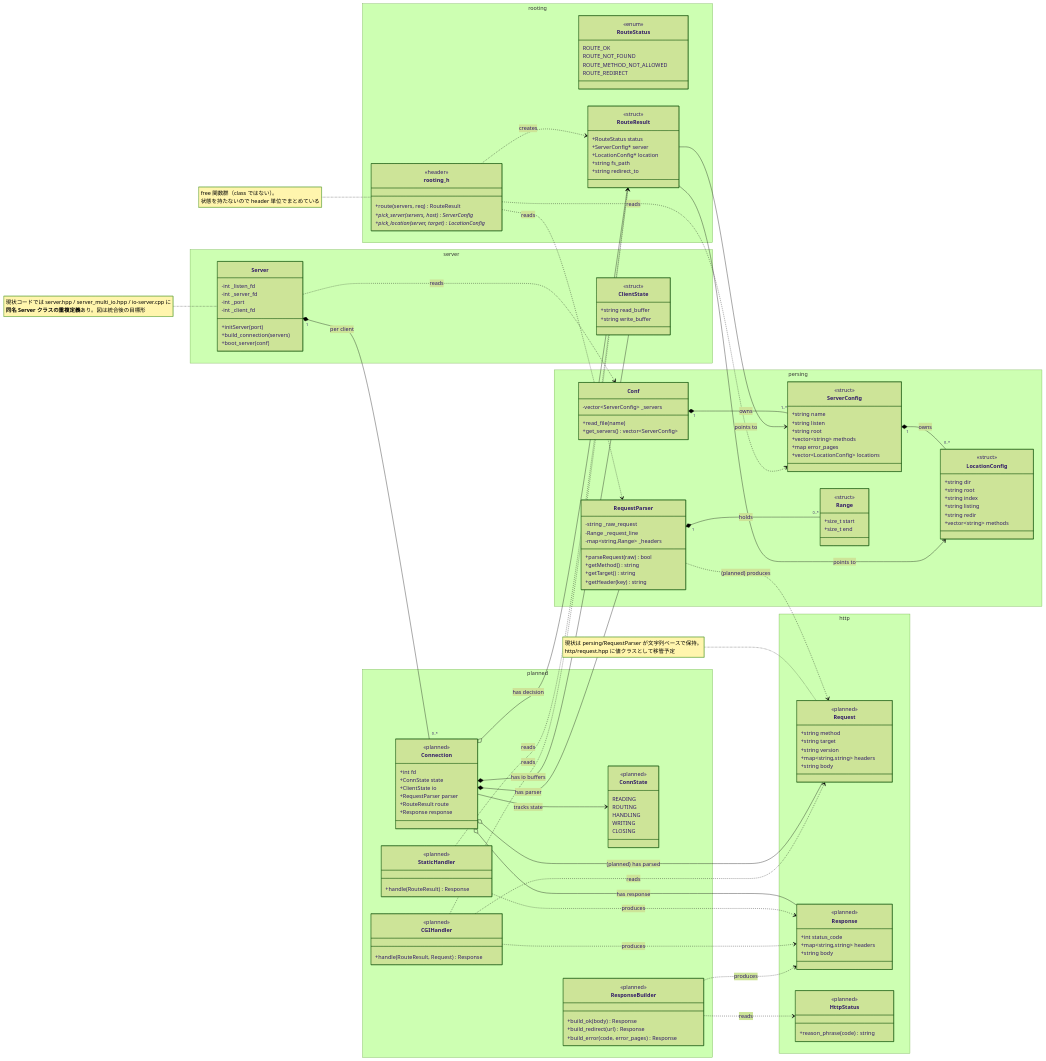
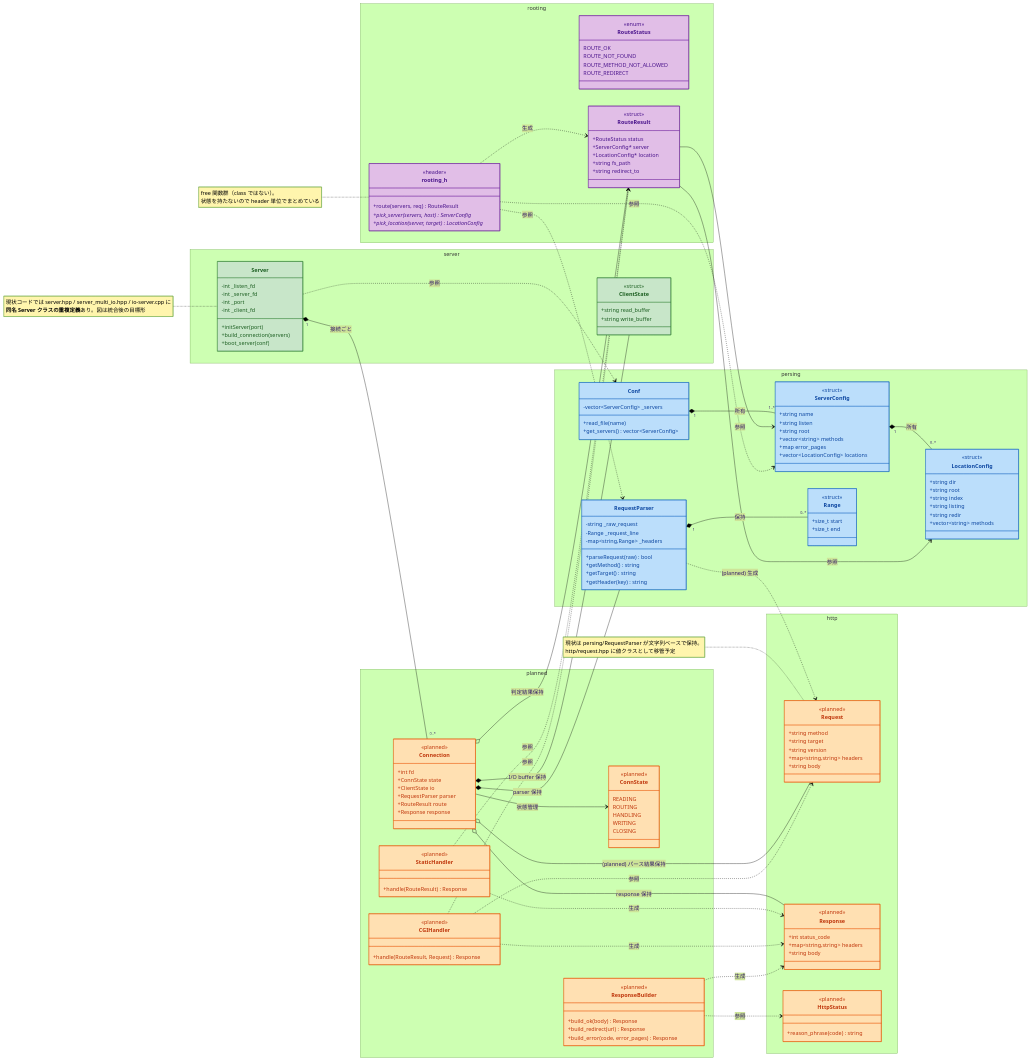
Before and after one commit to Hen00af/irc-platform: the second of 2 diagrams in docs/design.md, drawn with Mermaid (forest theme). The commit also changed other lines of this file, not shown here.

Commit message:
docs(design): translate labels to JP, color boxes, drop kqueue claims
Three corrections:

1. Translate Mermaid relationship labels in the class diagram from
   English to Japanese (owns -> 所有, holds -> 保持, reads -> 参照,
   etc.) to match the rest of the doc.

2. Add per-class fill colors so the diagrams render visibly against
   GitHub light/dark themes:
   - blue: persing (implemented)
   - green: server (implemented)
   - purple: rooting (header designed)
   - orange: planned (incl. http/ value types)

   Flowchart gets classDef styles for default/decision/planned/loop
   so nodes are no longer plain white.

3. Drop the inaccurate claim that the subject requires kqueue. The
   webserv subject does not mandate a specific I/O multiplexing
   method - poll, select, kqueue, and epoll are all acceptable.
   Updated affected lines and removed the kqueue-migration item from
   unresolved topics.

````diff
--- a/docs/design.md
+++ b/docs/design.md
@@ -219,36 +224,59 @@
     }
   }
 
-  Conf "1" *-- "1..*" ServerConfig : owns
-  ServerConfig "1" *-- "0..*" LocationConfig : owns
-  RequestParser "1" *-- "0..*" Range : holds
+  Conf "1" *-- "1..*" ServerConfig : 所有
+  ServerConfig "1" *-- "0..*" LocationConfig : 所有
+  RequestParser "1" *-- "0..*" Range : 保持
 
-  Server "1" *-- "0..*" Connection : per client
-  Server ..> Conf : reads
-  Connection *-- ClientState : has io buffers
-  Connection *-- RequestParser : has parser
-  Connection o-- RouteResult : has decision
-  Connection o-- Response : has response
-  Connection o-- Request : (planned) has parsed
-  Connection --> ConnState : tracks state
+  Server "1" *-- "0..*" Connection : 接続ごと
+  Server ..> Conf : 参照
+  Connection *-- ClientState : I/O buffer 保持
+  Connection *-- RequestParser : parser 保持
+  Connection o-- RouteResult : 判定結果保持
+  Connection o-- Response : response 保持
+  Connection o-- Request : (planned) パース結果保持
+  Connection --> ConnState : 状態管理
 
-  RequestParser ..> Request : (planned) produces
+  RequestParser ..> Request : (planned) 生成
 
-  RouteResult --> ServerConfig : points to
-  RouteResult --> LocationConfig : points to
-  rooting_h ..> RequestParser : reads
-  rooting_h ..> ServerConfig : reads
-  rooting_h ..> RouteResult : creates
+  RouteResult --> ServerConfig : 参照
+  RouteResult --> LocationConfig : 参照
+  rooting_h ..> RequestParser : 参照
+  rooting_h ..> ServerConfig : 参照
+  rooting_h ..> RouteResult : 生成
 
-  StaticHandler ..> RouteResult : reads
-  StaticHandler ..> Response : produces
-  CGIHandler ..> RouteResult : reads
-  CGIHandler ..> Request : reads
-  CGIHandler ..> Response : produces
-  ResponseBuilder ..> Response : produces
-  ResponseBuilder ..> HttpStatus : reads
+  StaticHandler ..> RouteResult : 参照
+  StaticHandler ..> Response : 生成
+  CGIHandler ..> RouteResult : 参照
+  CGIHandler ..> Request : 参照
+  CGIHandler ..> Response : 生成
+  ResponseBuilder ..> Response : 生成
+  ResponseBuilder ..> HttpStatus : 参照
 
   note for rooting_h "free 関数群（class ではない）。<br/>状態を持たないので header 単位でまとめている"
   note for Server "現状コードでは server.hpp / server_multi_io.hpp / io-server.cpp に<br/>**同名 Server クラスの重複定義**あり。図は統合後の目標形"
   note for Request "現状は persing/RequestParser が文字列ベースで保持。<br/>http/request.hpp に値クラスとして移管予定"
+
+  style Conf fill:#bbdefb,stroke:#1565c0,color:#0d47a1
+  style ServerConfig fill:#bbdefb,stroke:#1565c0,color:#0d47a1
+  style LocationConfig fill:#bbdefb,stroke:#1565c0,color:#0d47a1
+  style RequestParser fill:#bbdefb,stroke:#1565c0,color:#0d47a1
+  style Range fill:#bbdefb,stroke:#1565c0,color:#0d47a1
+
+  style Request fill:#ffe0b2,stroke:#e65100,color:#bf360c
+  style Response fill:#ffe0b2,stroke:#e65100,color:#bf360c
+  style HttpStatus fill:#ffe0b2,stroke:#e65100,color:#bf360c
+
+  style RouteStatus fill:#e1bee7,stroke:#6a1b9a,color:#4a148c
+  style RouteResult fill:#e1bee7,stroke:#6a1b9a,color:#4a148c
+  style rooting_h fill:#e1bee7,stroke:#6a1b9a,color:#4a148c
+
+  style Server fill:#c8e6c9,stroke:#2e7d32,color:#1b5e20
+  style ClientState fill:#c8e6c9,stroke:#2e7d32,color:#1b5e20
+
+  style Connection fill:#ffe0b2,stroke:#e65100,color:#bf360c
+  style ConnState fill:#ffe0b2,stroke:#e65100,color:#bf360c
+  style StaticHandler fill:#ffe0b2,stroke:#e65100,color:#bf360c
+  style CGIHandler fill:#ffe0b2,stroke:#e65100,color:#bf360c
+  style ResponseBuilder fill:#ffe0b2,stroke:#e65100,color:#bf360c
 ```
````
